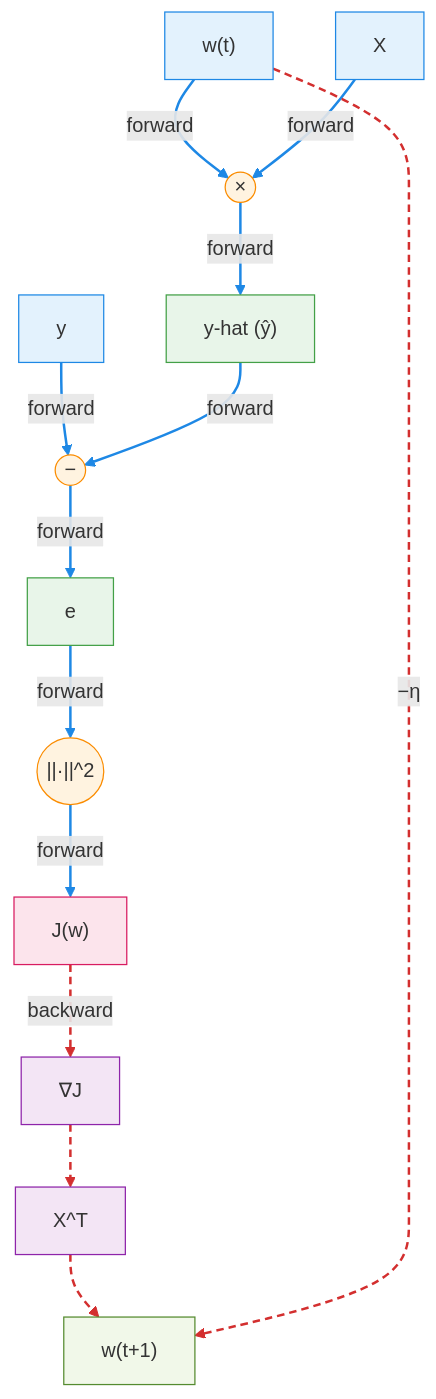
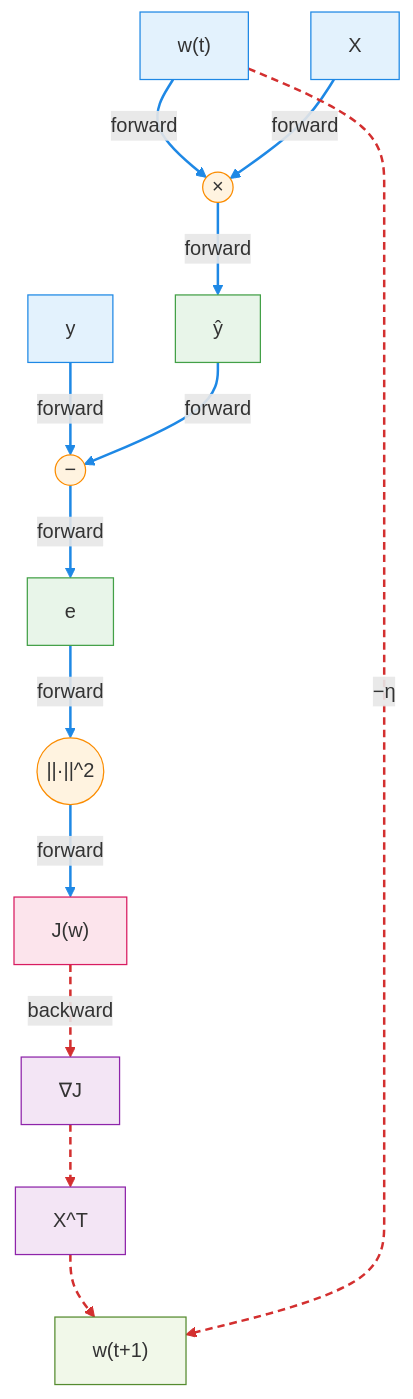
Before and after one commit to arshadhs/arshadhs.github.io: the third of 3 diagrams in content/docs/ai/deep-learning/linear-neural-networks-for-regression.md, drawn with Mermaid. The commit also changed other lines of this file and 1 other file, not shown here.

```diff
--- a/content/docs/ai/deep-learning/linear-neural-networks-for-regression.md
+++ b/content/docs/ai/deep-learning/linear-neural-networks-for-regression.md
@@ -211,55 +211,55 @@
 {{< mermaid >}}
 flowchart TD
 
   %% Nodes
   Wt["w(t)"] -->|forward| MUL(("×"))
   X["X"] -->|forward| MUL
-  MUL -->|forward| YH["y-hat (ŷ)"]
+  MUL -->|forward| YH["ŷ"]
 
   Y["y"] -->|forward| MINUS(("−"))
   YH -->|forward| MINUS
   MINUS -->|forward| E["e"]
 
   E -->|forward| NORM(("||·||^2"))
   NORM -->|forward| J["J(w)"]
 
   %% Backward / gradient flow
   J -.->|backward| dJ["∇J"]
   dJ -.-> XT["X^T"]
   XT -.-> Wt1["w(t+1)"]
 
   %% Learning rate annotation path
   Wt -.->|−η| Wt1
 
   %% Pastel colour scheme (nodes)
   style Wt fill:#E3F2FD,stroke:#1E88E5,stroke-width:1px
   style X fill:#E3F2FD,stroke:#1E88E5,stroke-width:1px
   style Y fill:#E3F2FD,stroke:#1E88E5,stroke-width:1px
 
   style MUL fill:#FFF3E0,stroke:#FB8C00,stroke-width:1px
   style MINUS fill:#FFF3E0,stroke:#FB8C00,stroke-width:1px
   style NORM fill:#FFF3E0,stroke:#FB8C00,stroke-width:1px
 
   style YH fill:#E8F5E9,stroke:#43A047,stroke-width:1px
   style E fill:#E8F5E9,stroke:#43A047,stroke-width:1px
   style J fill:#FCE4EC,stroke:#D81B60,stroke-width:1px
 
   style dJ fill:#F3E5F5,stroke:#8E24AA,stroke-width:1px
   style XT fill:#F3E5F5,stroke:#8E24AA,stroke-width:1px
   style Wt1 fill:#F1F8E9,stroke:#558B2F,stroke-width:1px
 
   %% Link colours
   linkStyle 0 stroke:#1E88E5,stroke-width:2px
   linkStyle 1 stroke:#1E88E5,stroke-width:2px
   linkStyle 2 stroke:#1E88E5,stroke-width:2px
   linkStyle 3 stroke:#1E88E5,stroke-width:2px
   linkStyle 4 stroke:#1E88E5,stroke-width:2px
   linkStyle 5 stroke:#1E88E5,stroke-width:2px
   linkStyle 6 stroke:#1E88E5,stroke-width:2px
   linkStyle 7 stroke:#1E88E5,stroke-width:2px
 
   linkStyle 8 stroke:#D32F2F,stroke-width:2px,stroke-dasharray:6 4
   linkStyle 9 stroke:#D32F2F,stroke-width:2px,stroke-dasharray:6 4
   linkStyle 10 stroke:#D32F2F,stroke-width:2px,stroke-dasharray:6 4
   linkStyle 11 stroke:#D32F2F,stroke-width:2px,stroke-dasharray:6 4
 {{< /mermaid >}}
```
